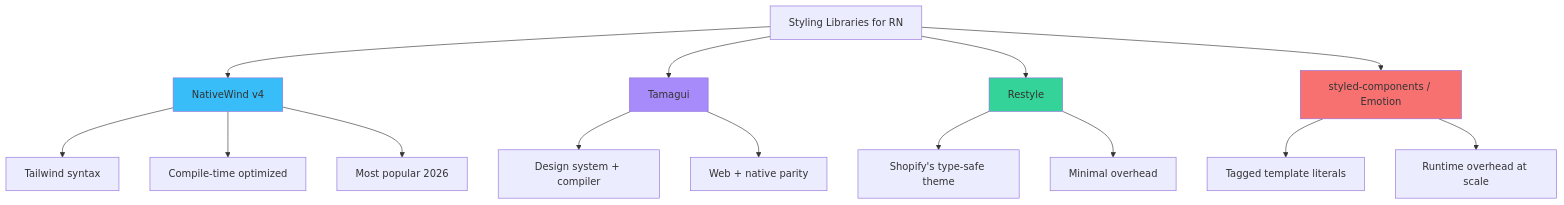
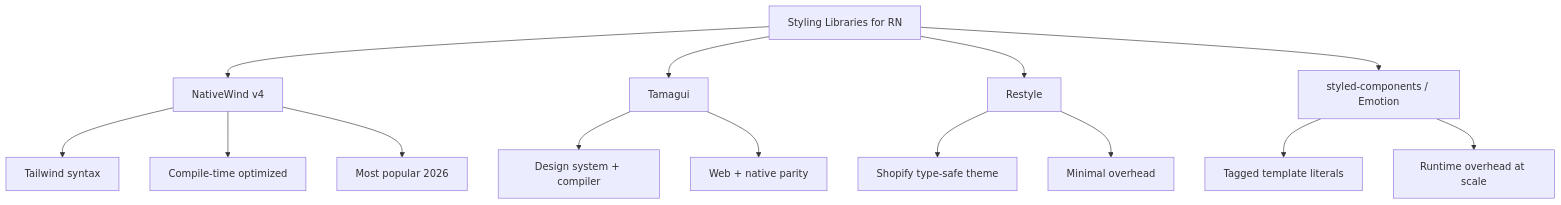
One commit to BabaScience/react-guides changed the fourth of 6 diagrams in arguments/chapters/rn-05-styling-layout.md. Above: the diagram before and after it, drawn with Mermaid. The commit also changed other lines of this file and 63 other files, not shown here.

First line of the commit message:
Enrich React Native roadmap with deeper content, visuals, and FR/IT translations

````diff
--- a/arguments/chapters/rn-05-styling-layout.md
+++ b/arguments/chapters/rn-05-styling-layout.md
@@ -258,25 +376,20 @@
 ```mermaid
 graph TD
     A["Styling Libraries for RN"] --> B["NativeWind v4"]
     A --> C["Tamagui"]
     A --> D["Restyle"]
     A --> E["styled-components / Emotion"]
 
     B --> B1["Tailwind syntax"]
     B --> B2["Compile-time optimized"]
     B --> B3["Most popular 2026"]
 
     C --> C1["Design system + compiler"]
     C --> C2["Web + native parity"]
 
-    D --> D1["Shopify's type-safe theme"]
+    D --> D1["Shopify type-safe theme"]
     D --> D2["Minimal overhead"]
 
     E --> E1["Tagged template literals"]
     E --> E2["Runtime overhead at scale"]
-
-    style B fill:#38bdf8
-    style C fill:#a78bfa
-    style D fill:#34d399
-    style E fill:#f87171
 ```
````
